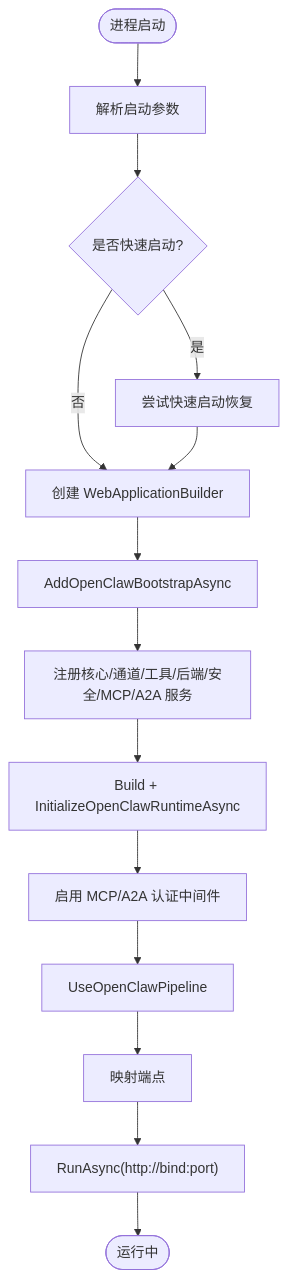
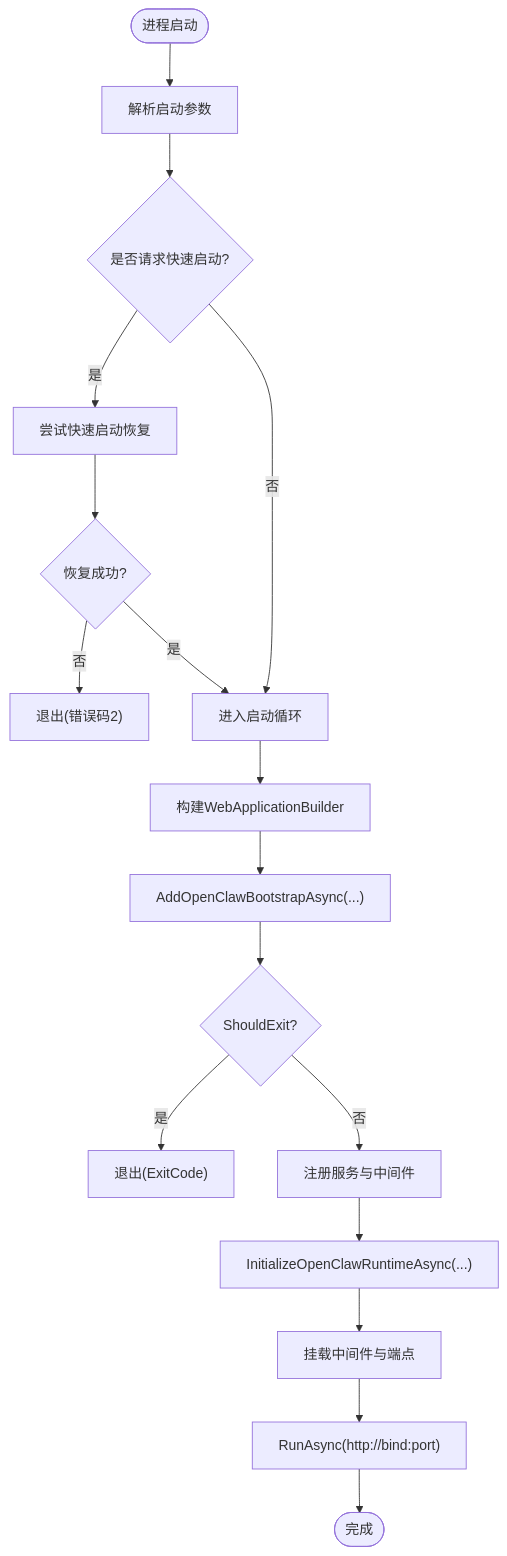
The third of 9 diagrams in .qoder/repowiki/zh/content/网关服务/网关服务.md (wayyet/kingcrab), drawn with Mermaid before and after one commit. The commit also changed other lines of this file and 431 other files, not shown here.

````diff
--- a/.qoder/repowiki/zh/content/网关服务/网关服务.md
+++ b/.qoder/repowiki/zh/content/网关服务/网关服务.md
@@ -92,16 +162,19 @@
 ```mermaid
 flowchart TD
 Start(["进程启动"]) --> Parse["解析启动参数"]
-Parse --> Quickstart{"是否快速启动?"}
-Quickstart --> |是| Recover["尝试快速启动恢复"]
-Quickstart --> |否| Build["创建 WebApplicationBuilder"]
-Recover --> Build
-Build --> Bootstrap["AddOpenClawBootstrapAsync"]
-Bootstrap --> Services["注册核心/通道/工具/后端/安全/MCP/A2A 服务"]
-Services --> RuntimeInit["Build + InitializeOpenClawRuntimeAsync"]
-RuntimeInit --> Auth["启用 MCP/A2A 认证中间件"]
-Auth --> Pipeline["UseOpenClawPipeline"]
-Pipeline --> Map["映射端点"]
-Map --> Listen["RunAsync(http://bind:port)"]
-Listen --> End(["运行中"])
+Parse --> Quick{"是否请求快速启动?"}
+Quick --> |是| TryQS["尝试快速启动恢复"]
+TryQS --> QSOK{"恢复成功?"}
+QSOK --> |否| Exit2["退出(错误码2)"]
+QSOK --> |是| Loop["进入启动循环"]
+Quick --> |否| Loop
+Loop --> Build["构建WebApplicationBuilder"]
+Build --> Bootstrap["AddOpenClawBootstrapAsync(...)"]
+Bootstrap --> ExitCheck{"ShouldExit?"}
+ExitCheck --> |是| ExitN["退出(ExitCode)"]
+ExitCheck --> |否| Register["注册服务与中间件"]
+Register --> Init["InitializeOpenClawRuntimeAsync(...)"]
+Init --> Mount["挂载中间件与端点"]
+Mount --> Run["RunAsync(http://bind:port)"]
+Run --> End(["完成"])
 ```
````
